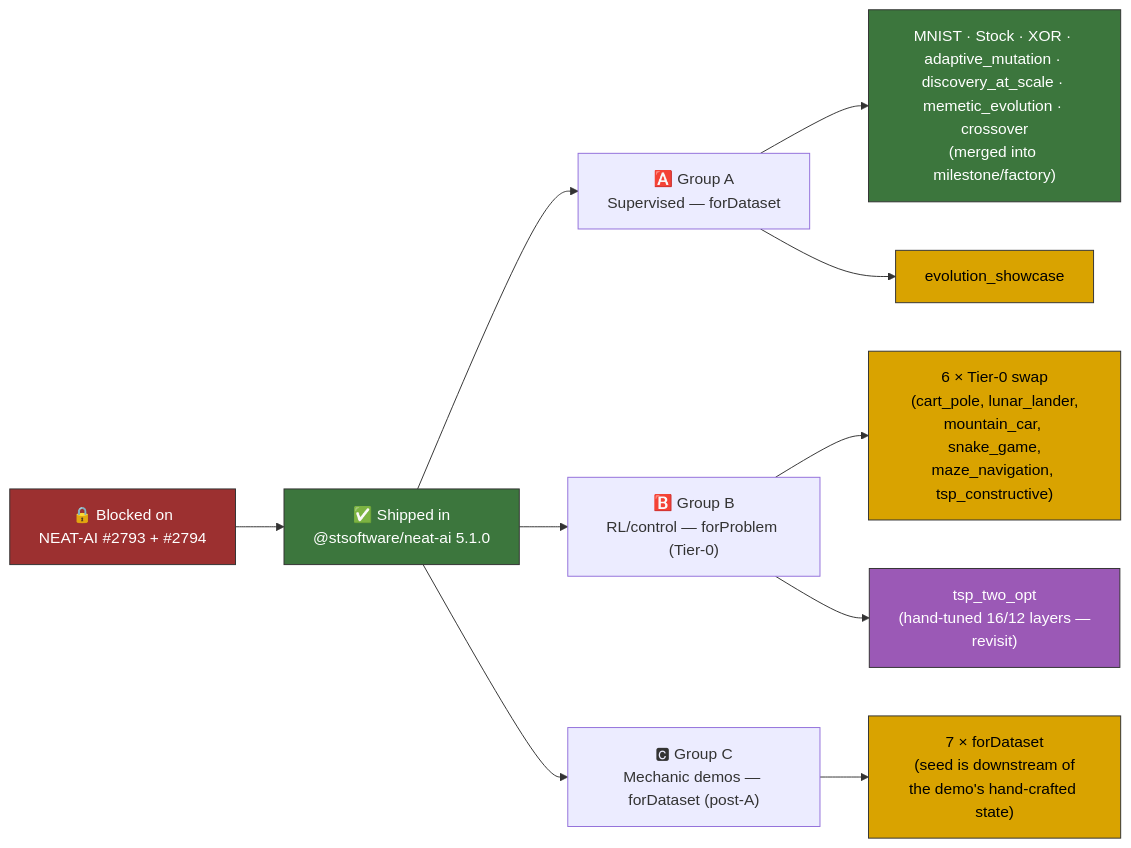
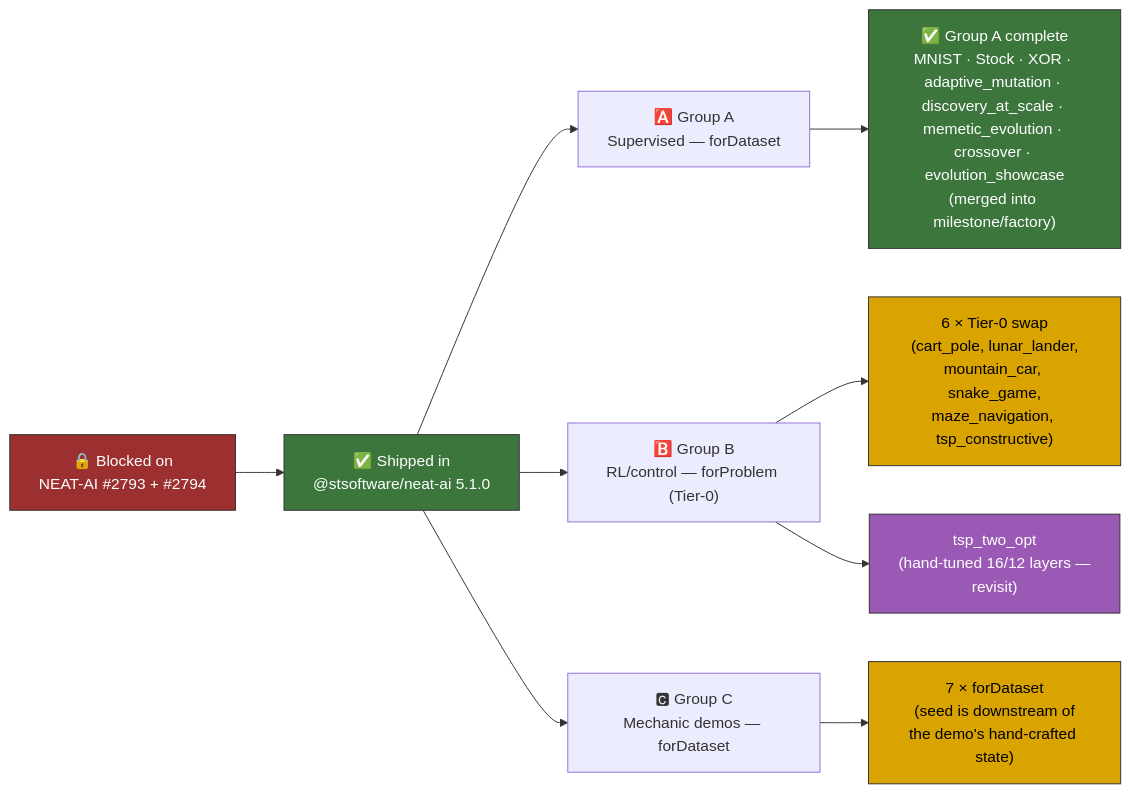
Before and after one commit to stSoftwareAU/NEAT-AI-Examples: the diagram in docs/factory_adoption.md, drawn with Mermaid. The commit also changed other lines of this file and 3 other files, not shown here.

First line of the commit message:
🟠 docs/factory_adoption.md lists evolution_showcase as Planned though #534 shipped (Issue #788) (#796)

````diff
--- a/docs/factory_adoption.md
+++ b/docs/factory_adoption.md
@@ -107,23 +113,21 @@
 ```mermaid
 flowchart LR
     BLOCK["🔒 Blocked on<br/>NEAT-AI #2793 + #2794"] --> SHIP["✅ Shipped in<br/>@stsoftware/neat-ai 5.1.0"]
     SHIP --> A["🅰️ Group A<br/>Supervised — forDataset"]
     SHIP --> B["🅱️ Group B<br/>RL/control — forProblem (Tier-0)"]
-    SHIP --> C["🅲 Group C<br/>Mechanic demos — forDataset (post-A)"]
+    SHIP --> C["🅲 Group C<br/>Mechanic demos — forDataset"]
 
-    A --> A_DONE["MNIST · Stock · XOR · adaptive_mutation · discovery_at_scale · memetic_evolution · crossover<br/>(merged into milestone/factory)"]
-    A --> A_TODO["evolution_showcase"]
+    A --> A_DONE["✅ Group A complete<br/>MNIST · Stock · XOR · adaptive_mutation · discovery_at_scale · memetic_evolution · crossover · evolution_showcase<br/>(merged into milestone/factory)"]
 
     B --> B_TIER0["6 × Tier-0 swap<br/>(cart_pole, lunar_lander,<br/>mountain_car, snake_game,<br/>maze_navigation, tsp_constructive)"]
     B --> B_DEFER["tsp_two_opt<br/>(hand-tuned 16/12 layers —<br/>revisit)"]
 
     C --> C_FORDATASET["7 × forDataset<br/>(seed is downstream of<br/>the demo's hand-crafted state)"]
 
     style BLOCK fill:#9c3030,stroke:#333,color:#fff
     style SHIP fill:#3c763d,stroke:#333,color:#fff
     style A_DONE fill:#3c763d,stroke:#333,color:#fff
-    style A_TODO fill:#d9a300,stroke:#333,color:#000
     style B_TIER0 fill:#d9a300,stroke:#333,color:#000
     style B_DEFER fill:#9b59b6,stroke:#333,color:#fff
     style C_FORDATASET fill:#d9a300,stroke:#333,color:#000
 ```
````
